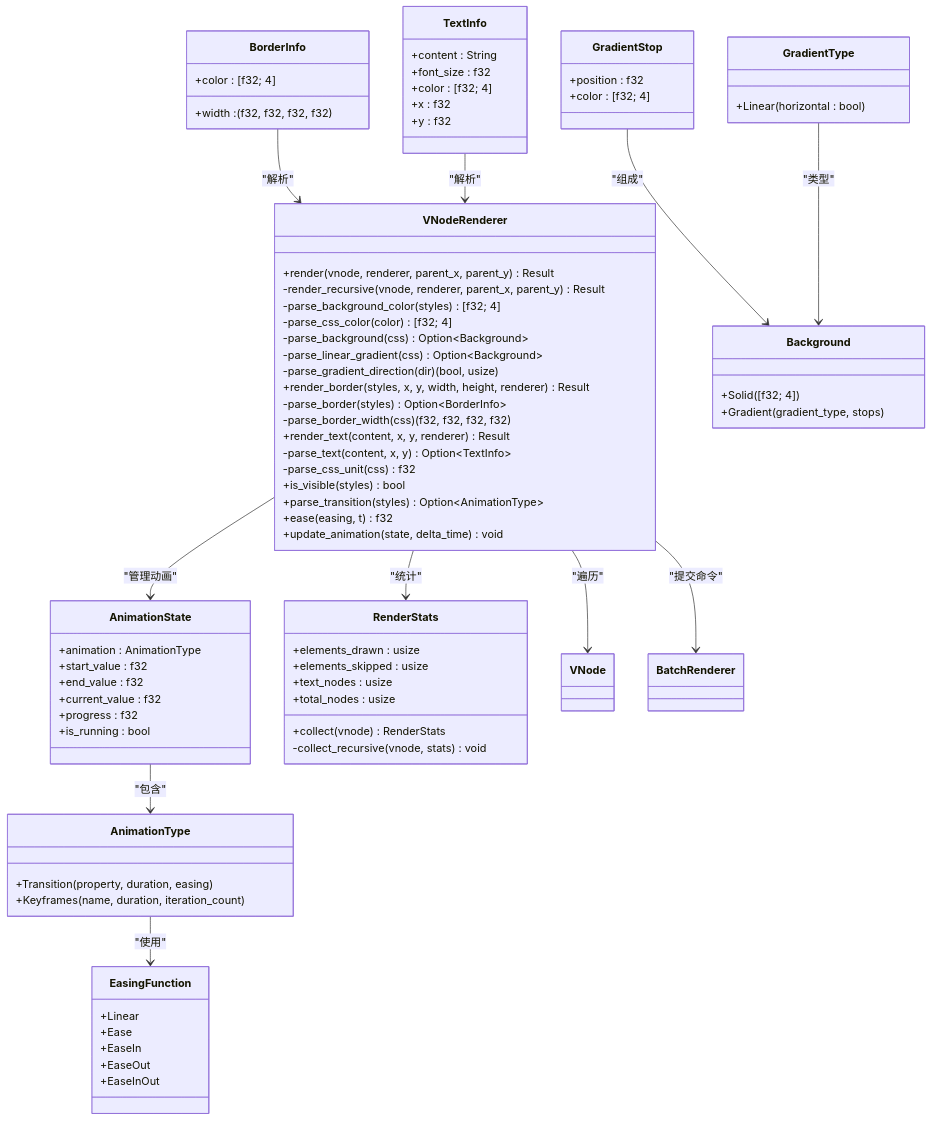
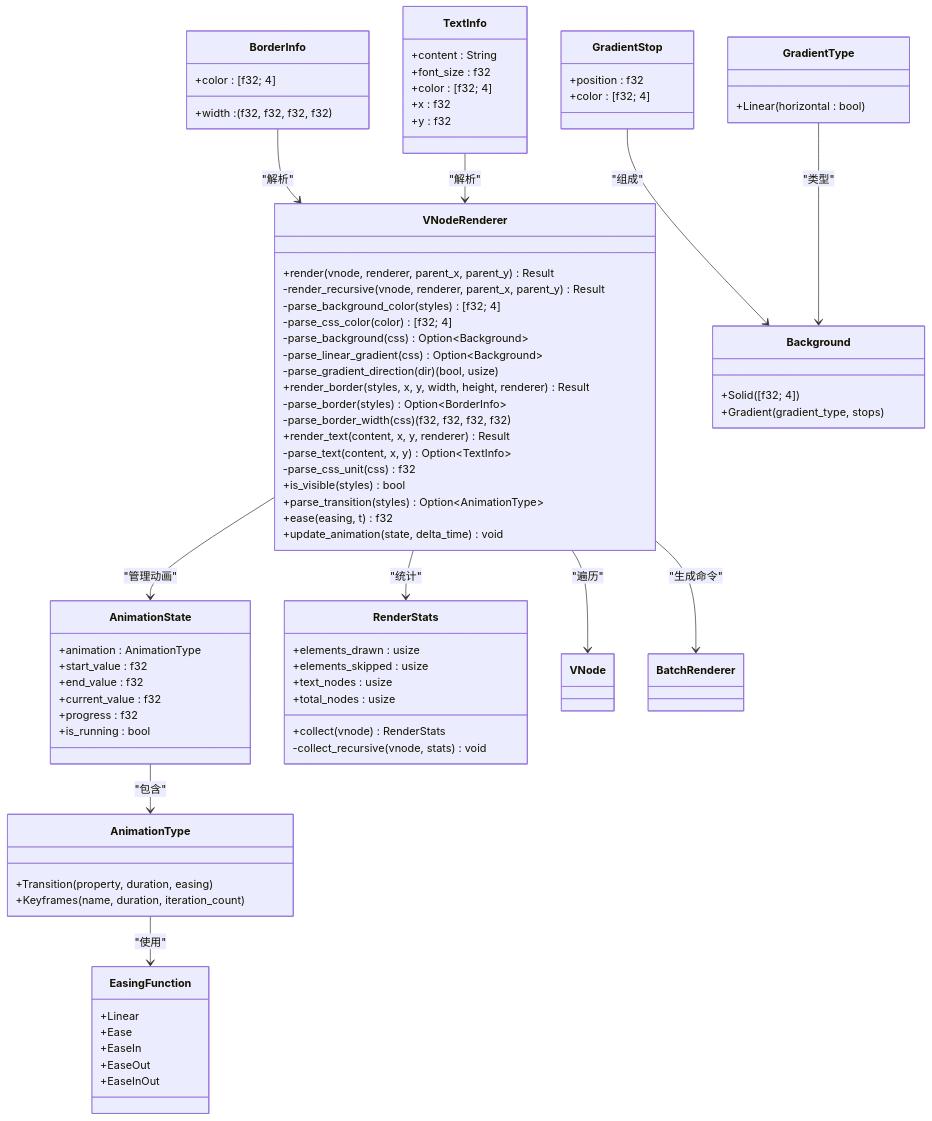
Before and after one commit to itszzl-sudo/iris: the third of 26 diagrams in .qoder/repowiki/zh/content/技术架构详解/WebGPU渲染引擎/VNode GPU渲染器模块.md, drawn with Mermaid. The commit also changed other lines of this file and 57 other files, not shown here.

````diff
--- a/.qoder/repowiki/zh/content/技术架构详解/WebGPU渲染引擎/VNode GPU渲染器模块.md
+++ b/.qoder/repowiki/zh/content/技术架构详解/WebGPU渲染引擎/VNode GPU渲染器模块.md
@@ -217,81 +223,81 @@
 ```mermaid
 classDiagram
 class VNodeRenderer {
 +render(vnode, renderer, parent_x, parent_y) Result
 -render_recursive(vnode, renderer, parent_x, parent_y) Result
 -parse_background_color(styles) [f32; 4]
 -parse_css_color(color) [f32; 4]
 -parse_background(css) Option~Background~
 -parse_linear_gradient(css) Option~Background~
 -parse_gradient_direction(dir) (bool, usize)
 +render_border(styles, x, y, width, height, renderer) Result
 -parse_border(styles) Option~BorderInfo~
 -parse_border_width(css) (f32, f32, f32, f32)
 +render_text(content, x, y, renderer) Result
 -parse_text(content, x, y) Option~TextInfo~
 -parse_css_unit(css) f32
 +is_visible(styles) bool
 +parse_transition(styles) Option~AnimationType~
 +ease(easing, t) f32
 +update_animation(state, delta_time) void
 }
 class AnimationState {
 +animation : AnimationType
 +start_value : f32
 +end_value : f32
 +current_value : f32
 +progress : f32
 +is_running : bool
 }
 class AnimationType {
 +Transition(property, duration, easing)
 +Keyframes(name, duration, iteration_count)
 }
 class EasingFunction {
 +Linear
 +Ease
 +EaseIn
 +EaseOut
 +EaseInOut
 }
 class RenderStats {
 +elements_drawn : usize
 +elements_skipped : usize
 +text_nodes : usize
 +total_nodes : usize
 +collect(vnode) RenderStats
 -collect_recursive(vnode, stats) void
 }
 class BorderInfo {
 +width : (f32, f32, f32, f32)
 +color : [f32; 4]
 }
 class TextInfo {
 +content : String
 +font_size : f32
 +color : [f32; 4]
 +x : f32
 +y : f32
 }
 class GradientStop {
 +position : f32
 +color : [f32; 4]
 }
 class GradientType {
 +Linear(horizontal : bool)
 }
 class Background {
 +Solid([f32; 4])
 +Gradient(gradient_type, stops)
 }
 VNodeRenderer --> VNode : "遍历"
 VNodeRenderer --> RenderStats : "统计"
-VNodeRenderer --> BatchRenderer : "提交命令"
+VNodeRenderer --> BatchRenderer : "生成命令"
 VNodeRenderer --> AnimationState : "管理动画"
 AnimationState --> AnimationType : "包含"
 AnimationType --> EasingFunction : "使用"
 BorderInfo --> VNodeRenderer : "解析"
 TextInfo --> VNodeRenderer : "解析"
 GradientStop --> Background : "组成"
 GradientType --> Background : "类型"
 ```
````
